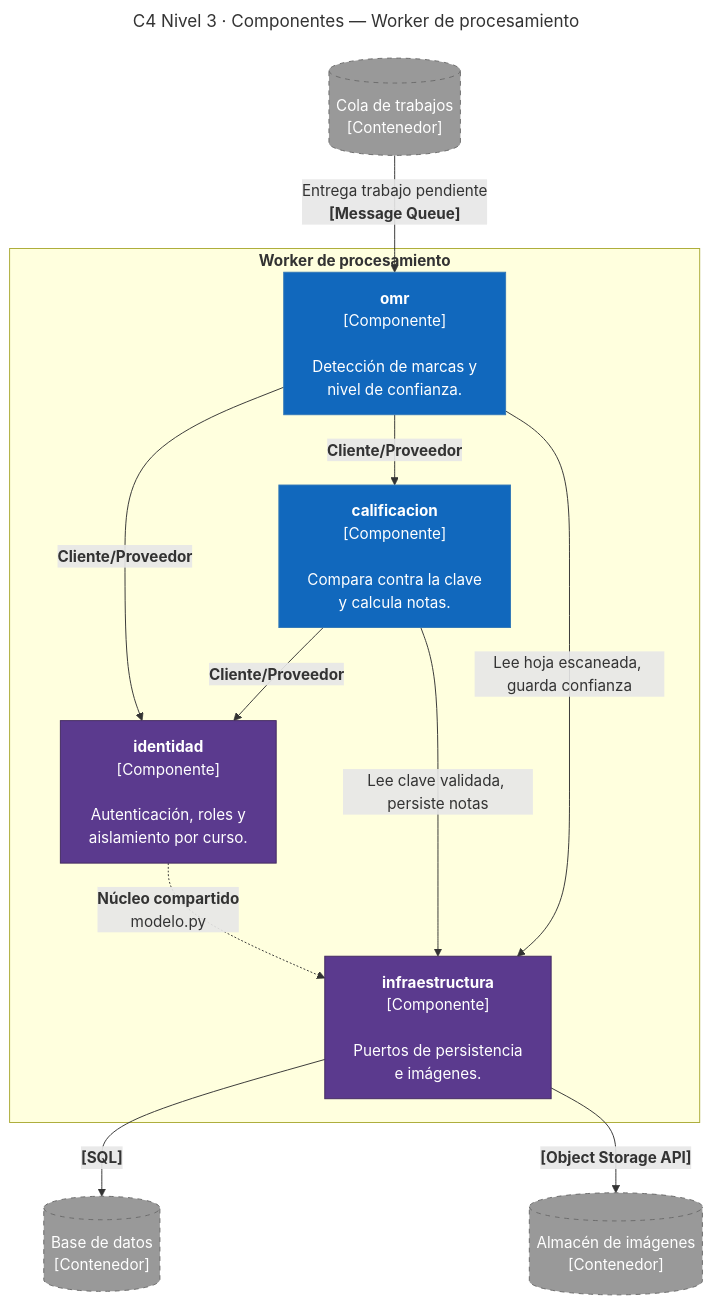
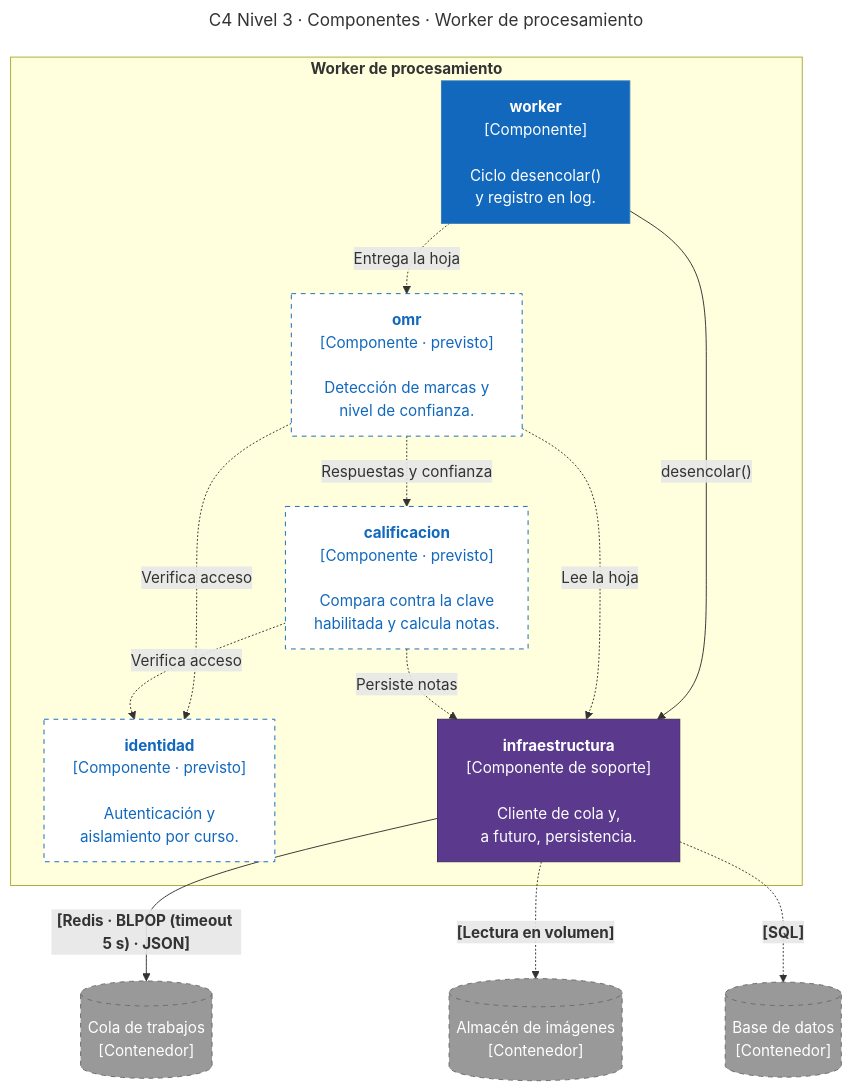
One commit to ISCOUTB/AS_202620_Sistema-de-calificacion-automatica changed the fourth of 4 diagrams in docs/c4/doc-c4.md. Above: the diagram before and after it, drawn with Mermaid. The commit also changed other lines of this file, not shown here.

First line of the commit message:
docs(c4): reescribir el Nivel 3 contra el código real

````diff
--- a/docs/c4/doc-c4.md
+++ b/docs/c4/doc-c4.md
@@ -453,61 +452,65 @@
 ```mermaid
 ---
-title: "C4 Nivel 3 · Componentes — Worker de procesamiento"
+title: "C4 Nivel 3 · Componentes · Worker de procesamiento"
 ---
 flowchart TB
     subgraph worker["<b>Worker de procesamiento</b>"]
-        identidad2["<b>identidad</b>
+        ciclo["<b>worker</b>
         [Componente]
- 
-        Autenticación, roles y
-        aislamiento por curso."]
- 
+
+        Ciclo desencolar()
+        y registro en log."]
+
         omr["<b>omr</b>
-        [Componente]
- 
+        [Componente · previsto]
+
         Detección de marcas y
         nivel de confianza."]
- 
+
         calificacion["<b>calificacion</b>
-        [Componente]
- 
+        [Componente · previsto]
+
         Compara contra la clave
-        y calcula notas."]
- 
+        habilitada y calcula notas."]
+
+        identidad2["<b>identidad</b>
+        [Componente · previsto]
+
+        Autenticación y
+        aislamiento por curso."]
+
         infraestructura2["<b>infraestructura</b>
-        [Componente]
- 
-        Puertos de persistencia
-        e imágenes."]
+        [Componente de soporte]
+
+        Cliente de cola y,
+        a futuro, persistencia."]
     end
- 
+
     cola2[("Cola de trabajos
+    [Contenedor]")]
+    imagenes2[("Almacén de imágenes
     [Contenedor]")]
     db2[("Base de datos
     [Contenedor]")]
-    imagenes2[("Almacén de imágenes
-    [Contenedor]")]
- 
-    cola2 -->|"Entrega trabajo pendiente
-    <b>[Message Queue]</b>"| omr
- 
-    omr -->|"<b>Cliente/Proveedor</b>"| identidad2
-    calificacion -->|"<b>Cliente/Proveedor</b>"| identidad2
-    omr -->|"<b>Cliente/Proveedor</b>"| calificacion
- 
-    omr -->|"Lee hoja escaneada, guarda confianza"| infraestructura2
-    calificacion -->|"Lee clave validada, persiste notas"| infraestructura2
-    identidad2 -.->|"<b>Núcleo compartido</b>
-    modelo.py"| infraestructura2
- 
-    infraestructura2 -->|"<b>[SQL]</b>"| db2
-    infraestructura2 -->|"<b>[Object Storage API]</b>"| imagenes2
- 
+
+    ciclo -->|"desencolar()"| infraestructura2
+    infraestructura2 -->|"<b>[Redis · BLPOP (timeout 5 s) · JSON]</b>"| cola2
+    ciclo -.->|"Entrega la hoja"| omr
+    omr -.->|"Respuestas y confianza"| calificacion
+    omr -.->|"Verifica acceso"| identidad2
+    calificacion -.->|"Verifica acceso"| identidad2
+    omr -.->|"Lee la hoja"| infraestructura2
+    calificacion -.->|"Persiste notas"| infraestructura2
+    infraestructura2 -.->|"<b>[Lectura en volumen]</b>"| imagenes2
+    infraestructura2 -.->|"<b>[SQL]</b>"| db2
+
     classDef component fill:#1168BD,stroke:#3379B7,color:#ffffff
+    classDef previsto fill:#ffffff,stroke:#1168BD,color:#1168BD,stroke-dasharray: 5 5
     classDef soporte fill:#5B3A8E,stroke:#42295F,color:#ffffff
     classDef external fill:#999999,stroke:#6B6B6B,color:#ffffff,stroke-dasharray: 5 5
- 
-    class omr,calificacion component
-    class identidad2,infraestructura2 soporte
-    class cola2,db2,imagenes2 external
+
+    class ciclo component
+    class omr,calificacion,identidad2 previsto
+    class infraestructura2 soporte
+    class cola2,imagenes2,db2 external
 ```
````
